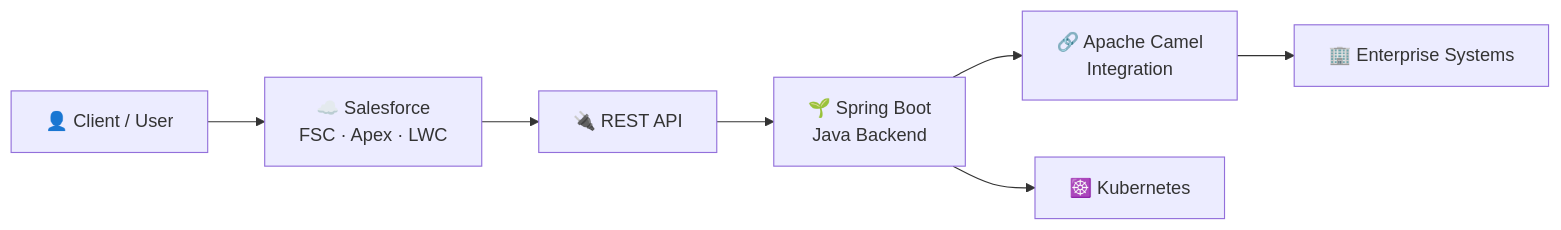
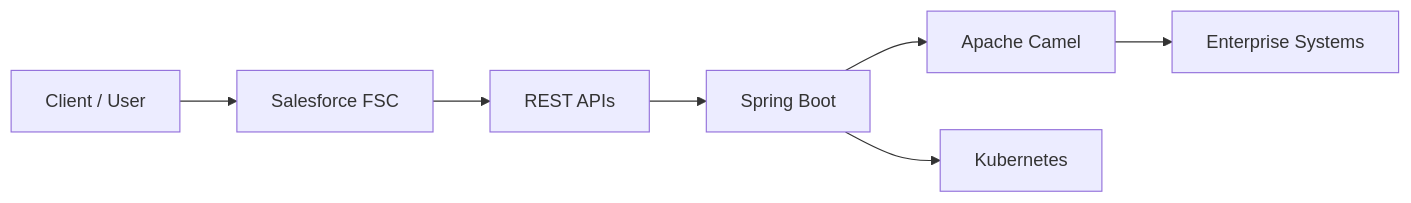
Before and after one commit to aditya17-09/aditya17-09: the diagram in README.md, drawn with Mermaid. The commit also changed other lines of this file, not shown here.

````diff
--- a/README.md
+++ b/README.md
@@ -182,24 +153,17 @@
 ```mermaid
 flowchart LR
+    Client["Client / User"]
+    CRM["Salesforce FSC"]
+    API["REST APIs"]
+    Java["Spring Boot"]
+    Integration["Apache Camel"]
+    Enterprise["Enterprise Systems"]
+    Infra["Kubernetes"]
 
-    U["👤 Client / User"]
-
-    SF["☁️ Salesforce<br/>FSC · Apex · LWC"]
-
-    API["🔌 REST API"]
-
-    SB["🌱 Spring Boot<br/>Java Backend"]
-
-    CAMEL["🔗 Apache Camel<br/>Integration"]
-
-    SYS["🏢 Enterprise Systems"]
-
-    K8S["☸️ Kubernetes"]
-
-    U --> SF
-    SF --> API
-    API --> SB
-    SB --> CAMEL
-    CAMEL --> SYS
-    SB --> K8S
+    Client --> CRM
+    CRM --> API
+    API --> Java
+    Java --> Integration
+    Integration --> Enterprise
+    Java --> Infra
 ```
````
